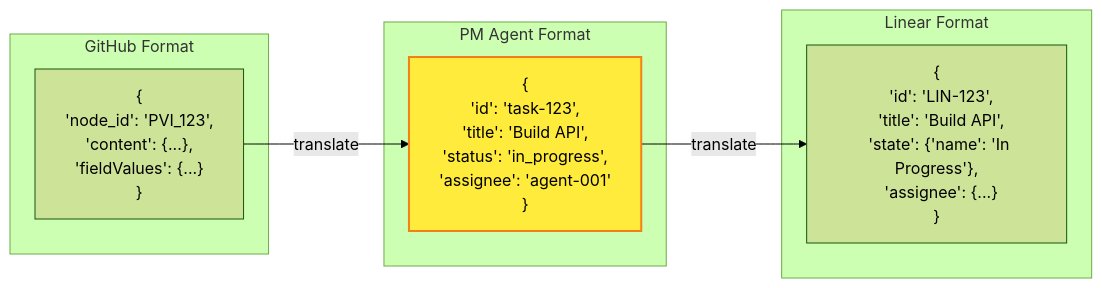
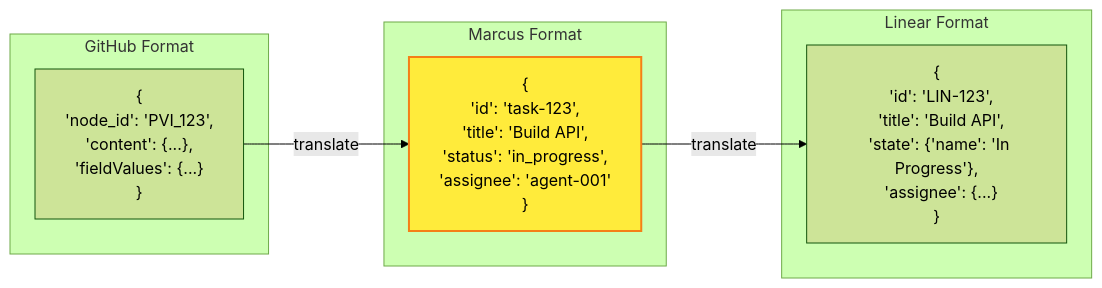
The second of 2 diagrams in docs/concepts/kanban-provider-abstraction.md (lwgray/pm-agent), drawn with Mermaid (forest theme) before and after one commit. The commit also changed other lines of this file and 54 other files, not shown here.

````diff
--- a/docs/concepts/kanban-provider-abstraction.md
+++ b/docs/concepts/kanban-provider-abstraction.md
@@ -143,19 +143,19 @@
 ```mermaid
 graph LR
     subgraph "GitHub Format"
         GH["{<br/>  'node_id': 'PVI_123',<br/>  'content': {...},<br/>  'fieldValues': {...}<br/>}"]
     end
     
-    subgraph "PM Agent Format"
+    subgraph "Marcus Format"
         PM["{<br/>  'id': 'task-123',<br/>  'title': 'Build API',<br/>  'status': 'in_progress',<br/>  'assignee': 'agent-001'<br/>}"]
     end
     
     subgraph "Linear Format"
         LN["{<br/>  'id': 'LIN-123',<br/>  'title': 'Build API',<br/>  'state': {'name': 'In Progress'},<br/>  'assignee': {...}<br/>}"]
     end
     
     GH -->|translate| PM
     PM -->|translate| LN
     
     style PM fill:#ffeb3b,stroke:#f57f17,stroke-width:2px
 ```
````
